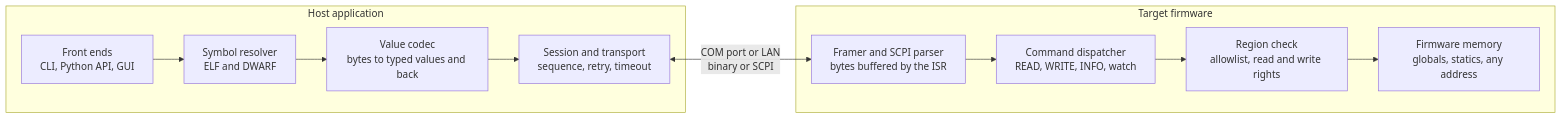
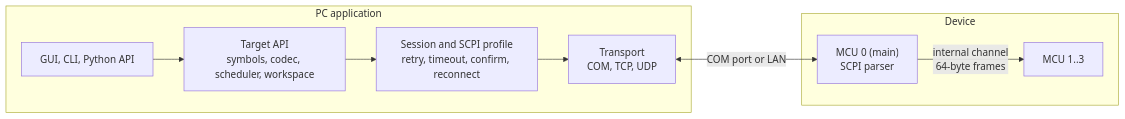
One commit to rani-feldman/RDT changed the diagram in docs/DESIGN_DOCUMENT.md. Above: the diagram before and after it, drawn with Mermaid. The commit also changed other lines of this file and 4 other files, not shown here.

````diff
--- a/docs/DESIGN_DOCUMENT.md
+++ b/docs/DESIGN_DOCUMENT.md
@@ -76,14 +223,12 @@
 ```mermaid
 flowchart LR
-  subgraph Host["Host application"]
-    FE["Front ends<br/>CLI, Python API, GUI"] --> SYM["Symbol resolver<br/>ELF and DWARF"]
-    SYM --> COD["Value codec<br/>bytes to typed values and back"]
-    COD --> SES["Session and transport<br/>sequence, retry, timeout"]
+  subgraph PC["PC application"]
+    FE["GUI, CLI, Python API"] --> CORE["Target API<br/>symbols, codec, scheduler, workspace"]
+    CORE --> SES["Session and SCPI profile<br/>retry, timeout, confirm, reconnect"]
+    SES --> TR["Transport<br/>COM, TCP, UDP"]
   end
-  subgraph Target["Target firmware"]
-    FR["Framer and SCPI parser<br/>bytes buffered by the ISR"] --> DIS["Command dispatcher<br/>READ, WRITE, INFO, watch"]
-    DIS --> REG["Region check<br/>allowlist, read and write rights"]
-    REG --> MEM["Firmware memory<br/>globals, statics, any address"]
+  subgraph Device["Device"]
+    M0["MCU 0 (main)<br/>SCPI parser"] -- "internal channel<br/>64-byte frames" --> M1["MCU 1..3"]
   end
-  SES <-- "COM port or LAN<br/>binary or SCPI" --> FR
+  TR <-- "COM port or LAN" --> M0
 ```
````
